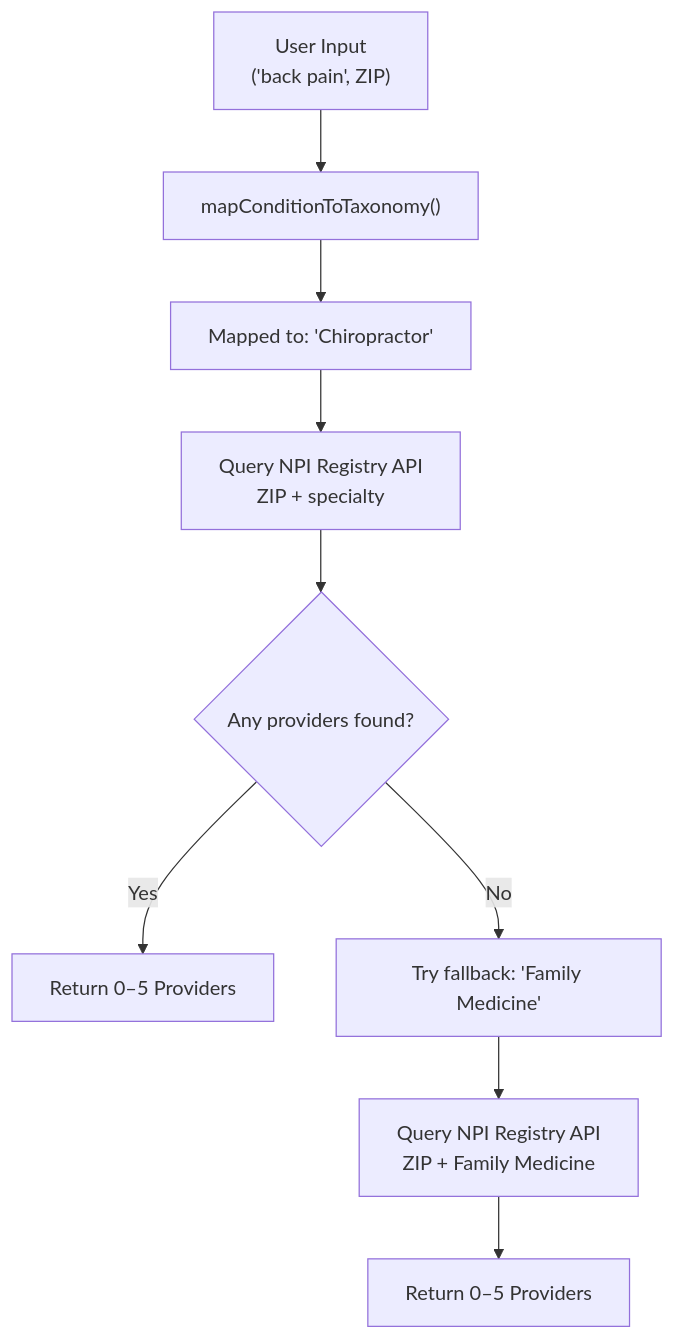
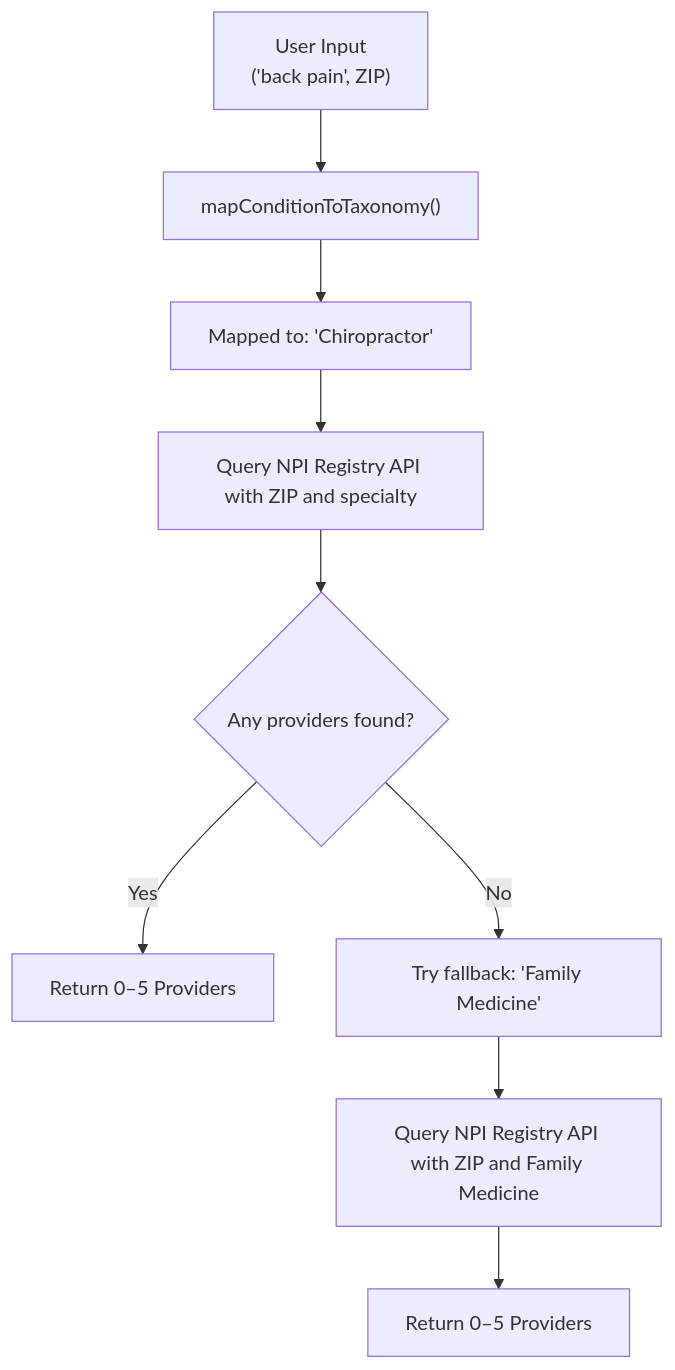
One commit to pd52694/healthcare-provider-finder changed the second of 2 diagrams in README.md. Above: the diagram before and after it, drawn with Mermaid.

````diff
--- a/README.md
+++ b/README.md
@@ -145,11 +145,11 @@
 ```mermaid
 flowchart TD
     A["User Input\n('back pain', ZIP)"] --> B["mapConditionToTaxonomy()"]
     B --> C["Mapped to: 'Chiropractor'"]
-    C --> D["Query NPI Registry API\nZIP + specialty"]
+    C --> D["Query NPI Registry API with ZIP and specialty"]
     D --> E{"Any providers found?"}
     E -- Yes --> F["Return 0–5 Providers"]
     E -- No --> G["Try fallback: 'Family Medicine'"]
-    G --> H["Query NPI Registry API\nZIP + Family Medicine"]
+    G --> H["Query NPI Registry API with ZIP and Family Medicine"]
     H --> I["Return 0–5 Providers"]
 ```
````
